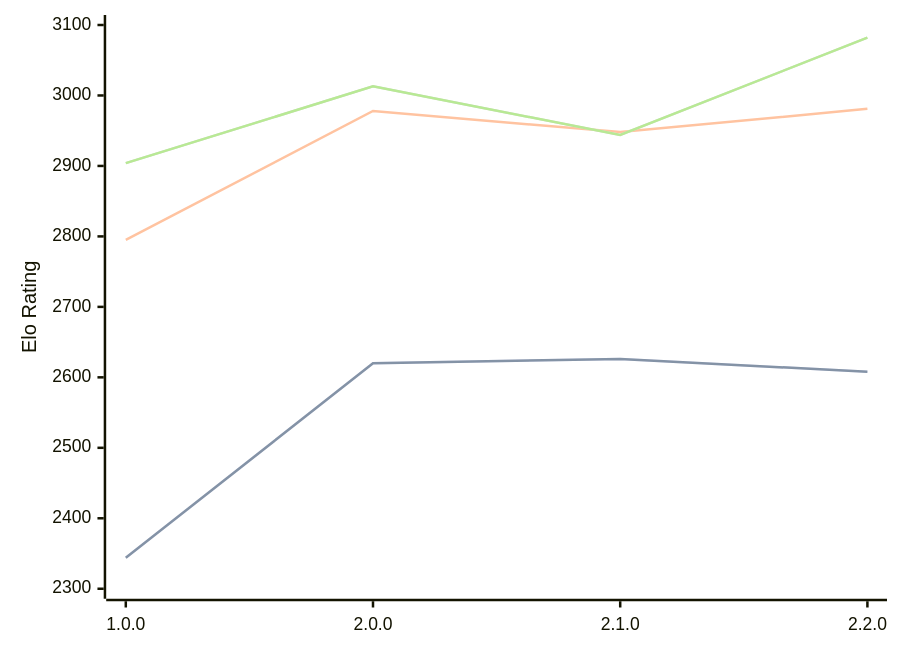
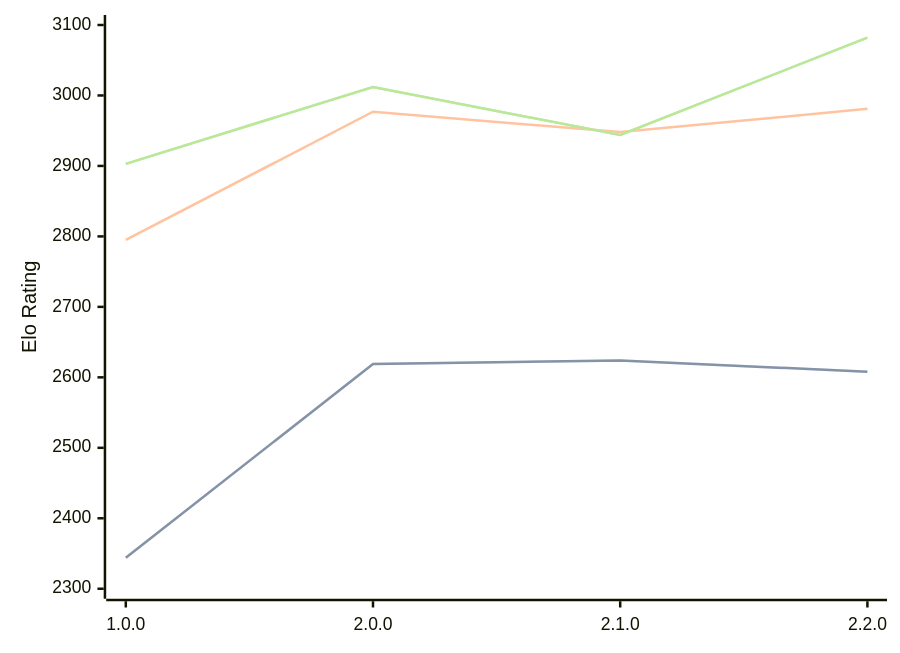
Before and after one commit to computer-chess-index/cci: the diagram in engines/Catalyst.md, drawn with Mermaid. The commit also changed other lines of this file, not shown here.

Commit message:
Update CCI Ratings (ELO VLTC) - 2026-04-07

````diff
--- a/engines/Catalyst.md
+++ b/engines/Catalyst.md
@@ -34,11 +34,11 @@
 ```mermaid
 %%{init: {"theme":"base","themeVariables":{"seriesColors:['#a3a3a3','#222221','#faa371']}}}%%
 xychart-beta
   x-axis ["1.0.0", "2.0.0", "2.1.0", "2.2.0"]
   y-axis "Elo Rating" 2300 --> 3100
-  line "STC (8.0+0.08s)" [2344, 2620, 2626, 2608]
-  line "STC (8.0+0.08s)" [2344, 2620, 2626, 2608]
-  line "LTC (60.0+0.60s)" [2795, 2978, 2948, 2981]
-  line "VLTC (2m24s+1.12s)" [2904, 3013, 2944, 3082]
-  line "VLTC (2m24s+1.12s)" [2904, 3013, 2944, 3082]
+  line "STC (8.0+0.08s)" [2344, 2619, 2624, 2608]
+  line "STC (8.0+0.08s)" [2344, 2619, 2624, 2608]
+  line "LTC (60.0+0.60s)" [2795, 2977, 2948, 2981]
+  line "VLTC (2m24s+1.12s)" [2903, 3012, 2944, 3082]
+  line "VLTC (2m24s+1.12s)" [2903, 3012, 2944, 3082]
 ```
````
